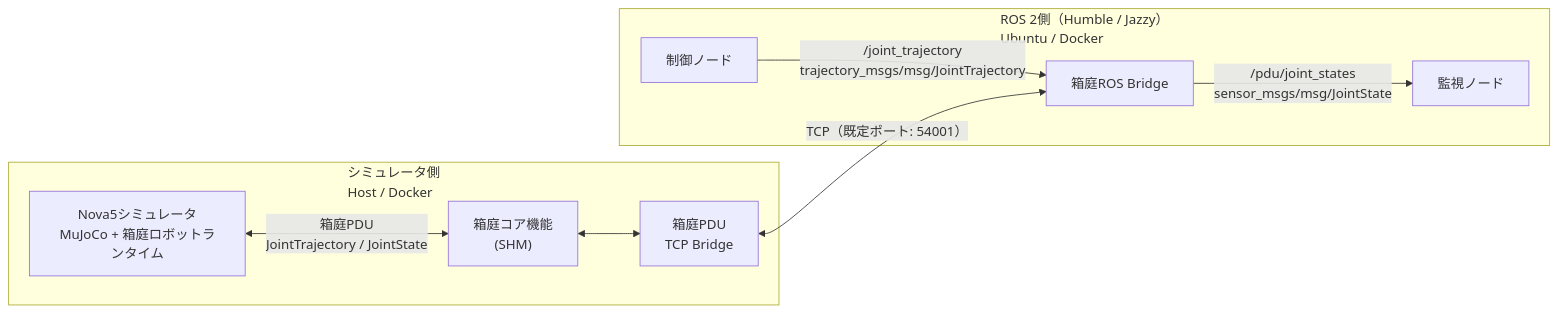
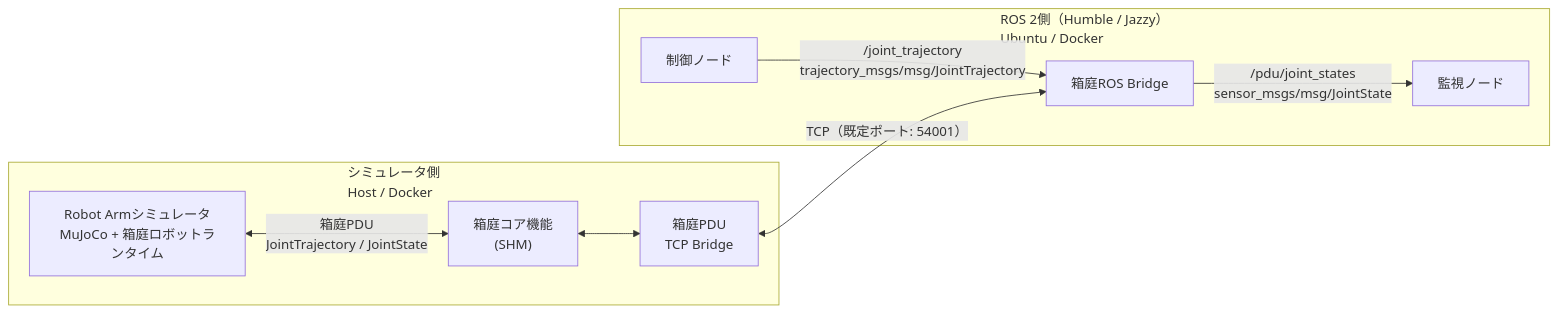
One commit to teras-project/hakoniwa-robot-arm changed the first of 2 diagrams in README.md. Above: the diagram before and after it, drawn with Mermaid. The commit also changed other lines of this file and 14 other files, not shown here.

````diff
--- a/README.md
+++ b/README.md
@@ -35,20 +43,20 @@
 ```mermaid
 flowchart LR
   subgraph SIM["シミュレータ側<br/>Host / Docker"]
-    SimApp["Nova5シミュレータ<br/>MuJoCo + 箱庭ロボットランタイム"]
+    SimApp["Robot Armシミュレータ<br/>MuJoCo + 箱庭ロボットランタイム"]
     Core["箱庭コア機能<br/>(SHM)"]
     PduBridge["箱庭PDU<br/>TCP Bridge"]
     SimApp <-->|"箱庭PDU<br/>JointTrajectory / JointState"| Core
     Core <--> PduBridge
   end
 
   subgraph ROS["ROS 2側（Humble / Jazzy）<br/>Ubuntu / Docker"]
     RosBridge["箱庭ROS Bridge"]
     ControlNode["制御ノード"]
     MonitorNode["監視ノード"]
     ControlNode -->|"/joint_trajectory<br/>trajectory_msgs/msg/JointTrajectory"| RosBridge
     RosBridge -->|"/pdu/joint_states<br/>sensor_msgs/msg/JointState"| MonitorNode
   end
 
   PduBridge <-->|"TCP（既定ポート: 54001）"| RosBridge
 ```
````
